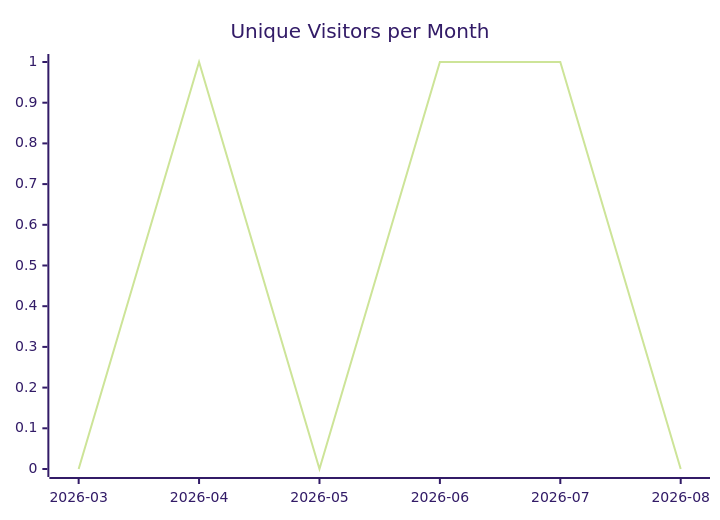
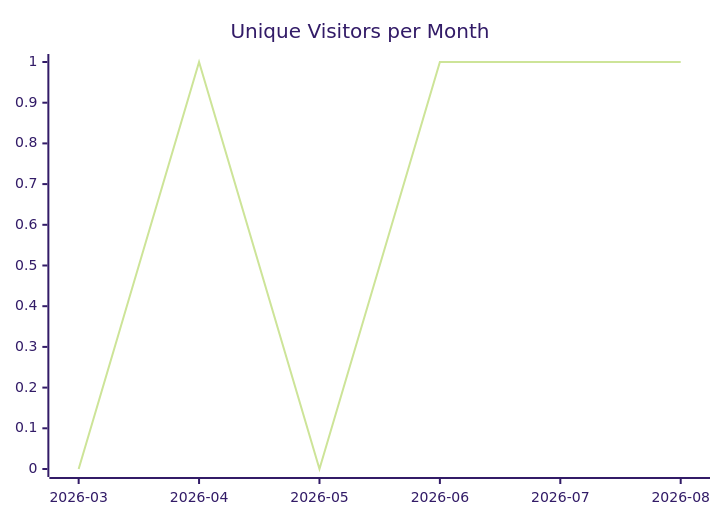
The first of 3 diagrams in karlmdavis/ansible-role-rcm-dotfiles/README.md (justdavis-family/github-analytics-data), drawn with Mermaid (forest theme) before and after one commit. The commit also changed other lines of this file and 171 other files, not shown here.

````diff
--- a/karlmdavis/ansible-role-rcm-dotfiles/README.md
+++ b/karlmdavis/ansible-role-rcm-dotfiles/README.md
@@ -5,6 +5,6 @@
 ```mermaid
 xychart-beta
   title "Unique Visitors per Month"
   x-axis ["2026-03", "2026-04", "2026-05", "2026-06", "2026-07", "2026-08"]
-  line [0, 1, 0, 1, 1, 0]
+  line [0, 1, 0, 1, 1, 1]
 ```
````
